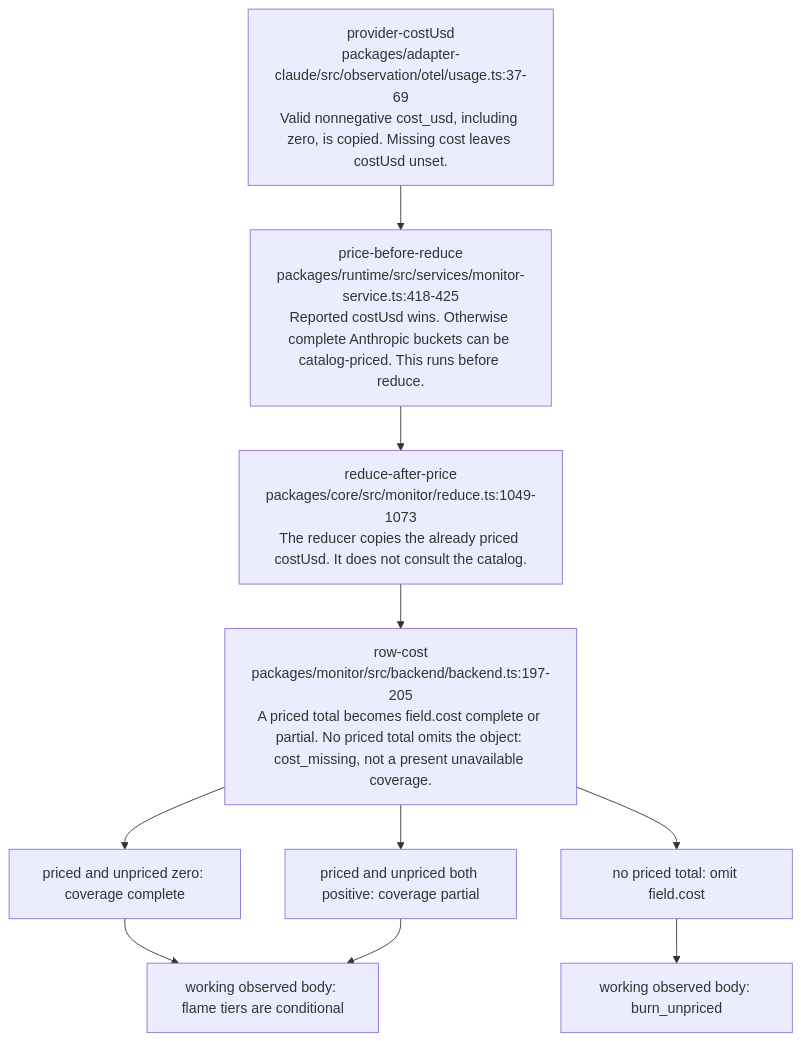
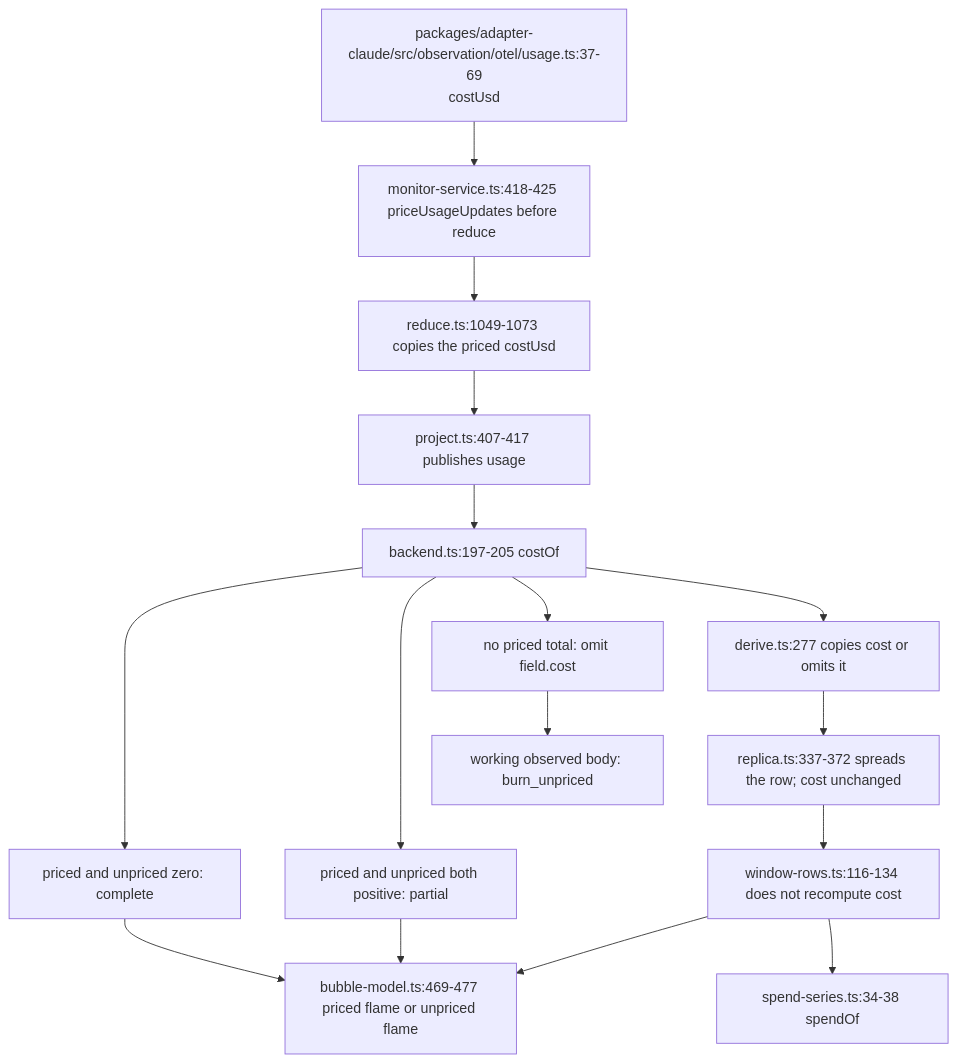
The diagram in audit/godview/evidence/claude/cost.series.steps.mmd (vibefield/puppeteer), drawn with Mermaid before and after one commit. The commit also changed 630 other files, not shown here.

First line of the commit message:
Record source scope and field-domain reachability for first-half rows.

```diff
--- a/audit/godview/evidence/claude/cost.series.steps.mmd
+++ b/audit/godview/evidence/claude/cost.series.steps.mmd
@@ -1,17 +1,20 @@
-%% field: field.cost.series.steps
+%% field: field.cost.usd
 %% adapter: claude
-%% forensic: source-read 748d015a7e393112e0a91dad80111fdf5abe6583; not a live sample
+%% forensic: source-read; liveObserved false
 flowchart TD
-  n0["provider-costUsd\npackages/adapter-claude/src/observation/otel/usage.ts:37-69\nValid nonnegative cost_usd, including zero, is copied. Missing cost leaves costUsd unset."]
-  n1["price-before-reduce\npackages/runtime/src/services/monitor-service.ts:418-425\nReported costUsd wins. Otherwise complete Anthropic buckets can be catalog-priced. This runs before reduce."]
-  n0 --> n1
-  n2["reduce-after-price\npackages/core/src/monitor/reduce.ts:1049-1073\nThe reducer copies the already priced costUsd. It does not consult the catalog."]
-  n1 --> n2
-  n3["row-cost\npackages/monitor/src/backend/backend.ts:197-205\nA priced total becomes field.cost complete or partial. No priced total omits the object: cost_missing, not a present unavailable coverage."]
-  n2 --> n3
-  n3 --> complete["priced and unpriced zero: coverage complete"]
-  n3 --> partial["priced and unpriced both positive: coverage partial"]
-  n3 --> missing["no priced total: omit field.cost"]
-  complete --> flames["working observed body: flame tiers are conditional"]
-  partial --> flames
+  signal["packages/adapter-claude/src/observation/otel/usage.ts:37-69\ncostUsd"]
+  signal --> price["monitor-service.ts:418-425 priceUsageUpdates before reduce"]
+  price --> reduce["reduce.ts:1049-1073 copies the priced costUsd"]
+  reduce --> project["project.ts:407-417 publishes usage"]
+  project --> costOf["backend.ts:197-205 costOf"]
+  costOf --> complete["priced and unpriced zero: complete"]
+  costOf --> partial["priced and unpriced both positive: partial"]
+  costOf --> missing["no priced total: omit field.cost"]
+  costOf --> derive["derive.ts:277 copies cost or omits it"]
+  derive --> replica["replica.ts:337-372 spreads the row; cost unchanged"]
+  replica --> window["window-rows.ts:116-134 does not recompute cost"]
+  window --> swarm["bubble-model.ts:469-477 priced flame or unpriced flame"]
+  window --> spend["spend-series.ts:34-38 spendOf"]
+  complete --> swarm
+  partial --> swarm
   missing --> unpriced["working observed body: burn_unpriced"]
```
